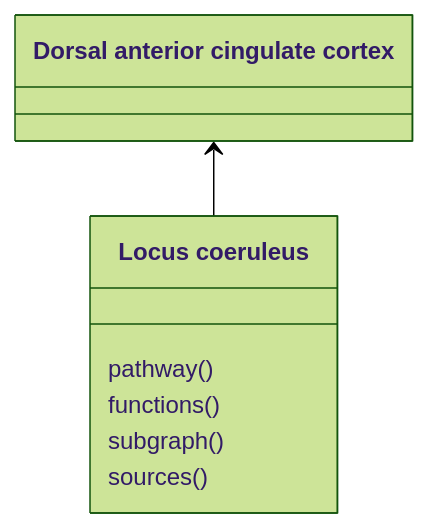
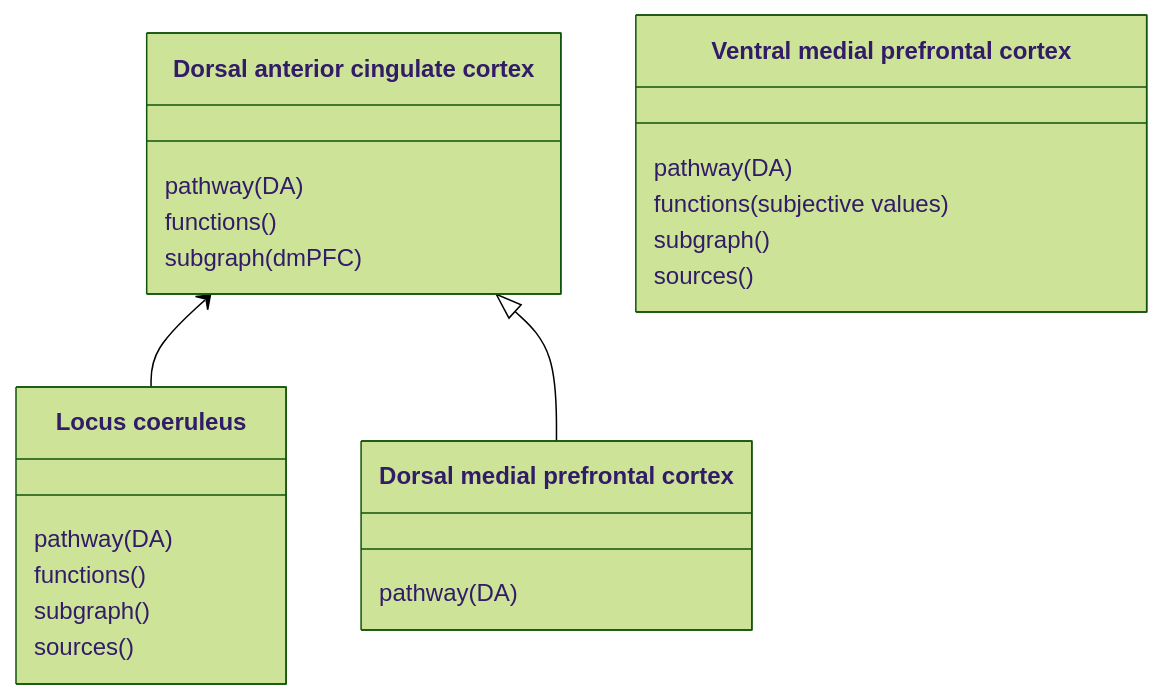
One commit to StevenGeysen/NeuroGraph changed the diagram in README.md. Above: the diagram before and after it, drawn with Mermaid (forest theme). The commit also changed other lines of this file, not shown here.

Commit message:
Update README.md
Add more brain regions.

````diff
--- a/README.md
+++ b/README.md
@@ -5,13 +5,29 @@
 ```mermaid
 classDiagram
     dACC <-- LC
+    dACC <|-- dmPFC
+    class vmPFC["Ventral medial prefrontal cortex"]{
+        pathway(DA)
+        functions(subjective values)
+        subgraph()
+        sources()
+    }
+    
+    class dmPFC["Dorsal medial prefrontal cortex"]{
+        pathway(DA)
+    }
+    
+    class dACC["Dorsal anterior cingulate cortex"]{
+        pathway(DA)
+        functions()
+        subgraph(dmPFC)
+        
+    }
+    
     class LC["Locus coeruleus"]{
-        pathway()
+        pathway(DA)
         functions()
         subgraph()
         sources()
     }
-    class dACC["Dorsal anterior cingulate cortex"]{
-        
-    }
 ```
````
